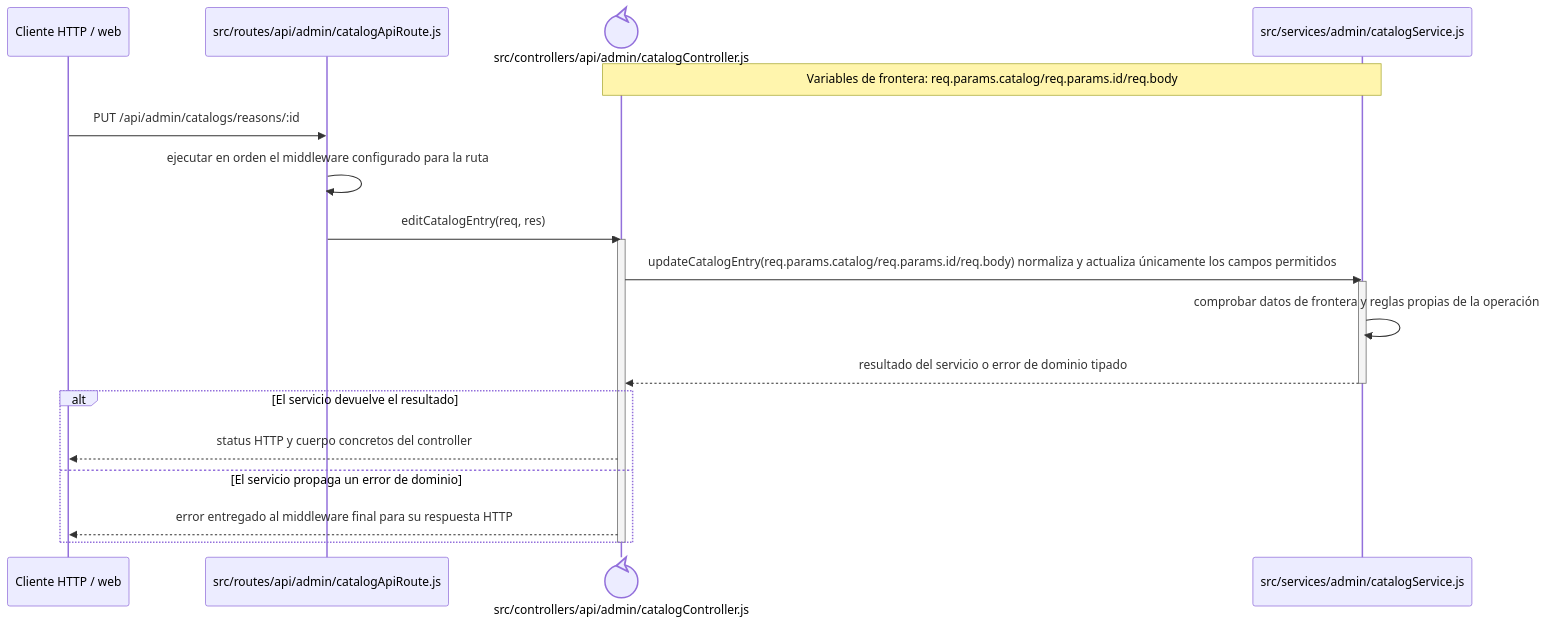
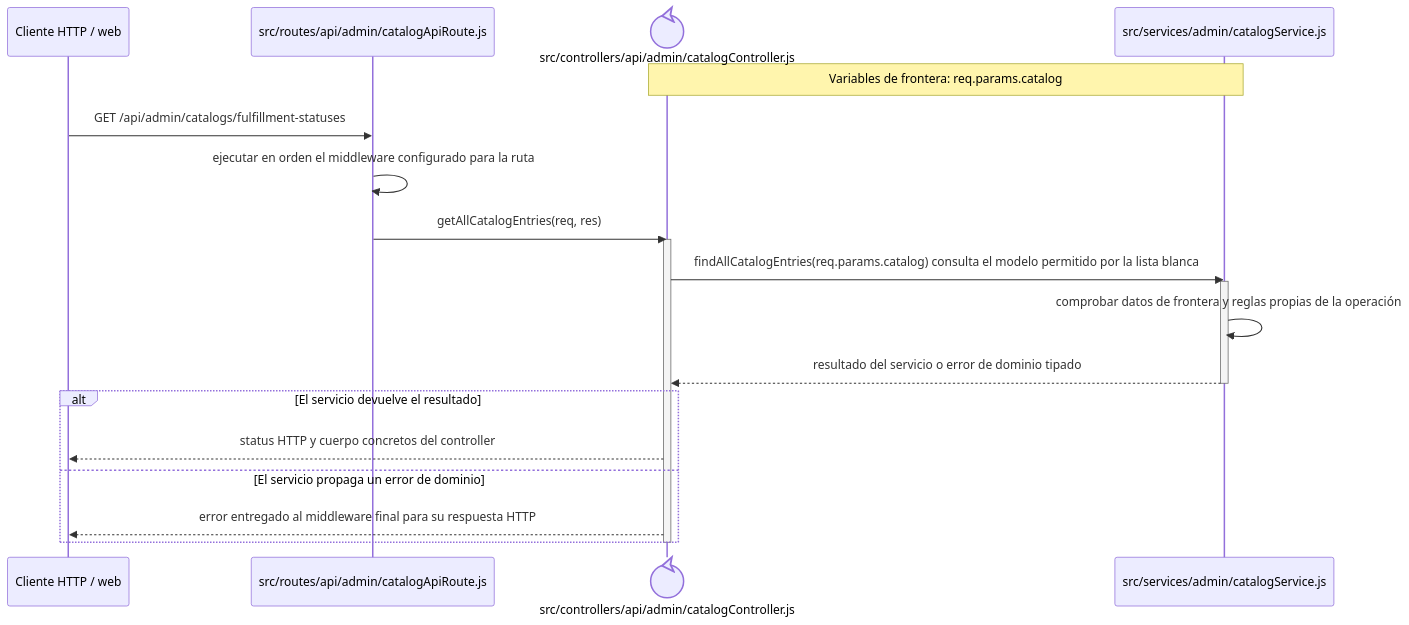
The diagram in docs/architecture/backend-code-sequences/catalogs/cu-cat-24.md (gpgsistemas01/nexus), drawn with Mermaid before and after one commit. The commit also changed other lines of this file and 167 other files, not shown here.

````diff
--- a/docs/architecture/backend-code-sequences/catalogs/cu-cat-24.md
+++ b/docs/architecture/backend-code-sequences/catalogs/cu-cat-24.md
@@ -6,24 +6,24 @@
 ```mermaid
 sequenceDiagram
     participant Client as Cliente HTTP / web
     participant Route as src/routes/api/admin/catalogApiRoute.js
     participant Controller@{ "type": "control" } as src/controllers/api/admin/catalogController.js
     participant Domain as src/services/admin/catalogService.js
-    Note over Controller,Domain: Variables de frontera: req.params.catalog/req.params.id/req.body
+    Note over Controller,Domain: Variables de frontera: req.params.catalog
 
-    Client->>Route: PUT /api/admin/catalogs/reasons/:id
+    Client->>Route: GET /api/admin/catalogs/fulfillment-statuses
     Route->>Route: ejecutar en orden el middleware configurado para la ruta
-    Route->>Controller: editCatalogEntry(req, res)
+    Route->>Controller: getAllCatalogEntries(req, res)
     activate Controller
-    Controller->>Domain: updateCatalogEntry(req.params.catalog/req.params.id/req.body) normaliza y actualiza únicamente los campos permitidos
+    Controller->>Domain: findAllCatalogEntries(req.params.catalog) consulta el modelo permitido por la lista blanca
     activate Domain
     Domain->>Domain: comprobar datos de frontera y reglas propias de la operación
     Domain-->>Controller: resultado del servicio o error de dominio tipado
     deactivate Domain
     alt El servicio devuelve el resultado
         Controller-->>Client: status HTTP y cuerpo concretos del controller
     else El servicio propaga un error de dominio
         Controller-->>Client: error entregado al middleware final para su respuesta HTTP
     end
     deactivate Controller
 ```
````
